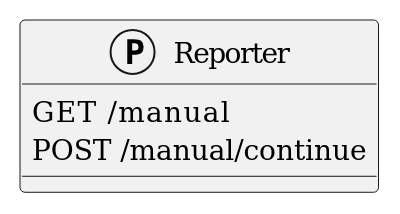
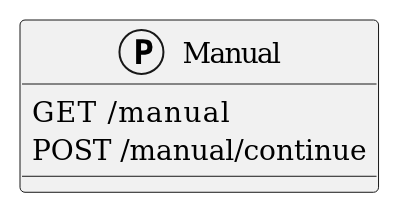
One commit to COSSAS/SOARCA changed the first of 4 diagrams in docs/content/en/docs/core-components/api-manual.md. Above: the diagram before and after it, drawn with PlantUML. The commit also changed 1 other file, not shown here.

Commit message:
update manual docs

````diff
--- a/docs/content/en/docs/core-components/api-manual.md
+++ b/docs/content/en/docs/core-components/api-manual.md
@@ -16,8 +16,8 @@
 ```plantuml
 @startuml
-protocol Reporter {
+protocol Manual {
     GET     /manual
     POST    /manual/continue
 }
 @enduml
 ```
````
